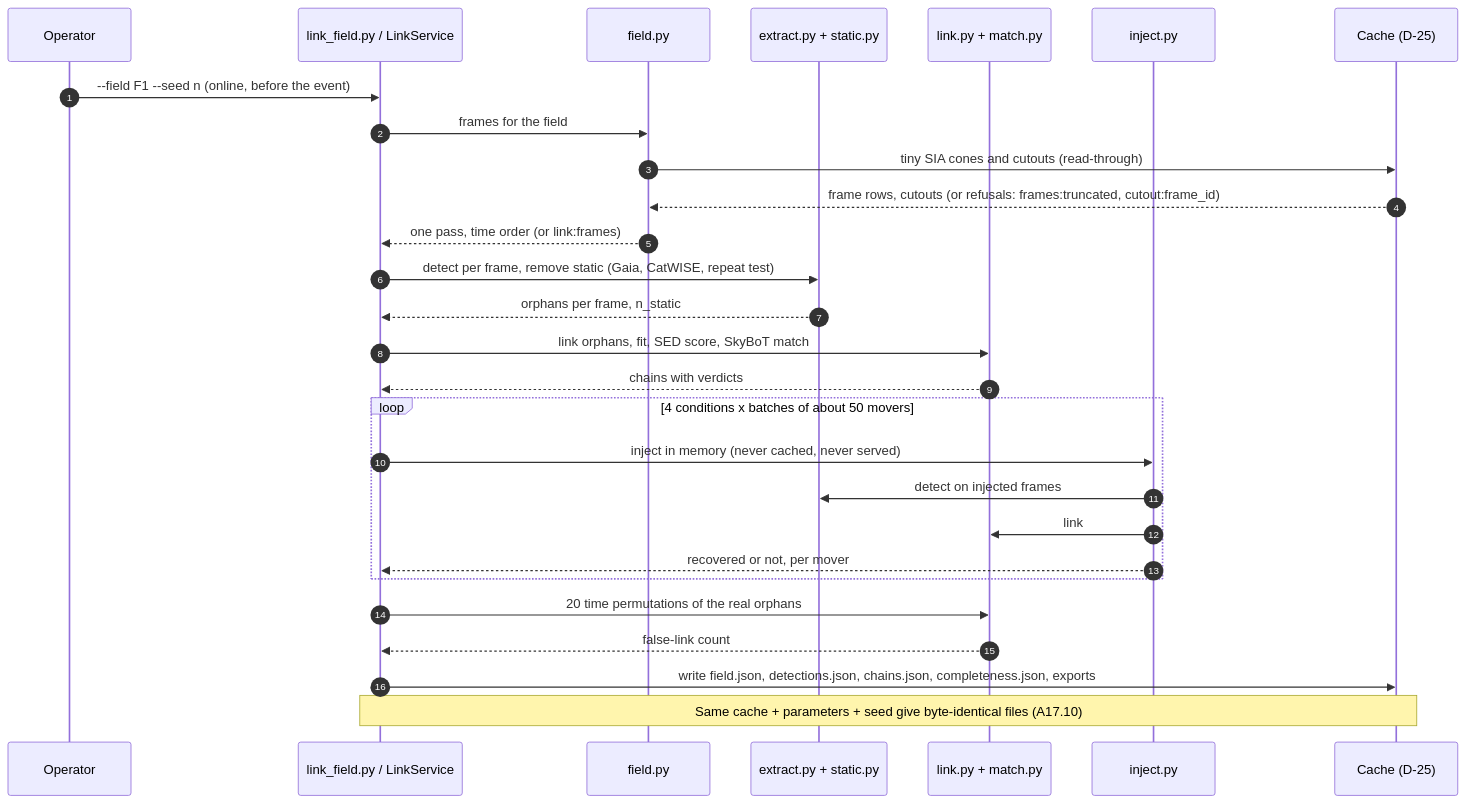
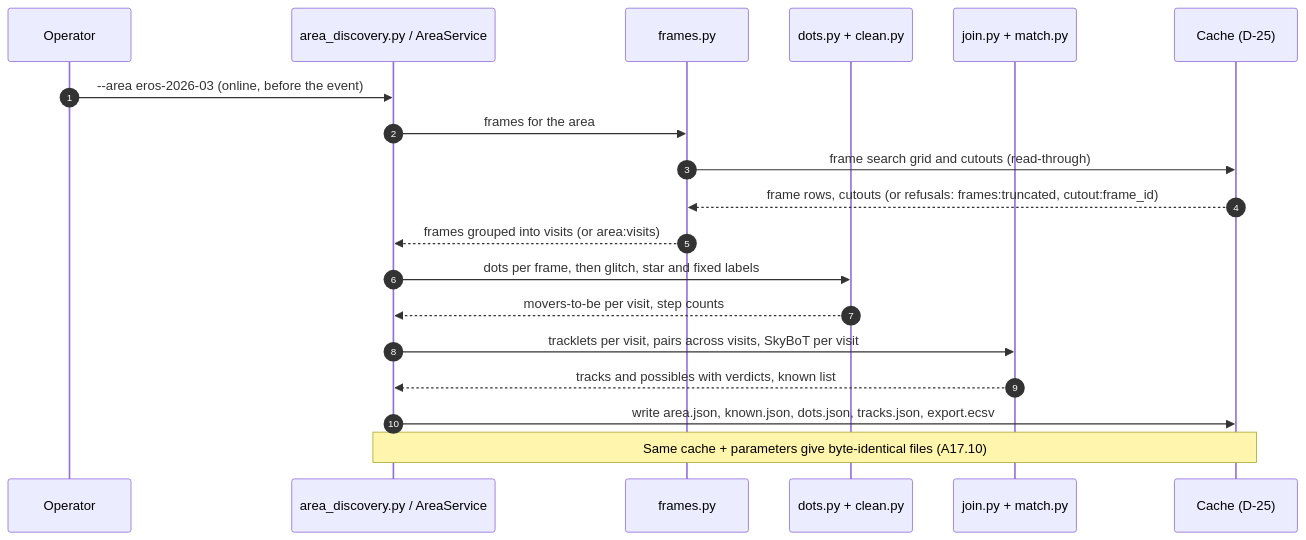
Before and after one commit to 0ffrian/SphereX: the second of 3 diagrams in docs/uml/21-linker.md, drawn with Mermaid. The commit also changed other lines of this file and 10 other files, not shown here.

First line of the commit message:
Re-scope A16 to A18 to Area search (Q-146) and answer Atish's questions

````diff
--- a/docs/uml/21-linker.md
+++ b/docs/uml/21-linker.md
@@ -64,30 +64,21 @@
 ```mermaid
 sequenceDiagram
   autonumber
   participant Op as Operator
-  participant S as link_field.py / LinkService
-  participant F as field.py
-  participant E as extract.py + static.py
-  participant L as link.py + match.py
-  participant I as inject.py
+  participant S as area_discovery.py / AreaService
+  participant F as frames.py
+  participant D as dots.py + clean.py
+  participant J as join.py + match.py
   participant C as Cache (D-25)
-  Op->>S: --field F1 --seed n (online, before the event)
-  S->>F: frames for the field
-  F->>C: tiny SIA cones and cutouts (read-through)
+  Op->>S: --area eros-2026-03 (online, before the event)
+  S->>F: frames for the area
+  F->>C: frame search grid and cutouts (read-through)
   C-->>F: frame rows, cutouts (or refusals: frames:truncated, cutout:frame_id)
-  F-->>S: one pass, time order (or link:frames)
-  S->>E: detect per frame, remove static (Gaia, CatWISE, repeat test)
-  E-->>S: orphans per frame, n_static
-  S->>L: link orphans, fit, SED score, SkyBoT match
-  L-->>S: chains with verdicts
-  loop 4 conditions x batches of about 50 movers
-    S->>I: inject in memory (never cached, never served)
-    I->>E: detect on injected frames
-    I->>L: link
-    I-->>S: recovered or not, per mover
-  end
-  S->>L: 20 time permutations of the real orphans
-  L-->>S: false-link count
-  S->>C: write field.json, detections.json, chains.json, completeness.json, exports
-  Note over S,C: Same cache + parameters + seed give byte-identical files (A17.10)
+  F-->>S: frames grouped into visits (or area:visits)
+  S->>D: dots per frame, then glitch, star and fixed labels
+  D-->>S: movers-to-be per visit, step counts
+  S->>J: tracklets per visit, pairs across visits, SkyBoT per visit
+  J-->>S: tracks and possibles with verdicts, known list
+  S->>C: write area.json, known.json, dots.json, tracks.json, export.ecsv
+  Note over S,C: Same cache + parameters give byte-identical files (A17.10)
 ```
````
